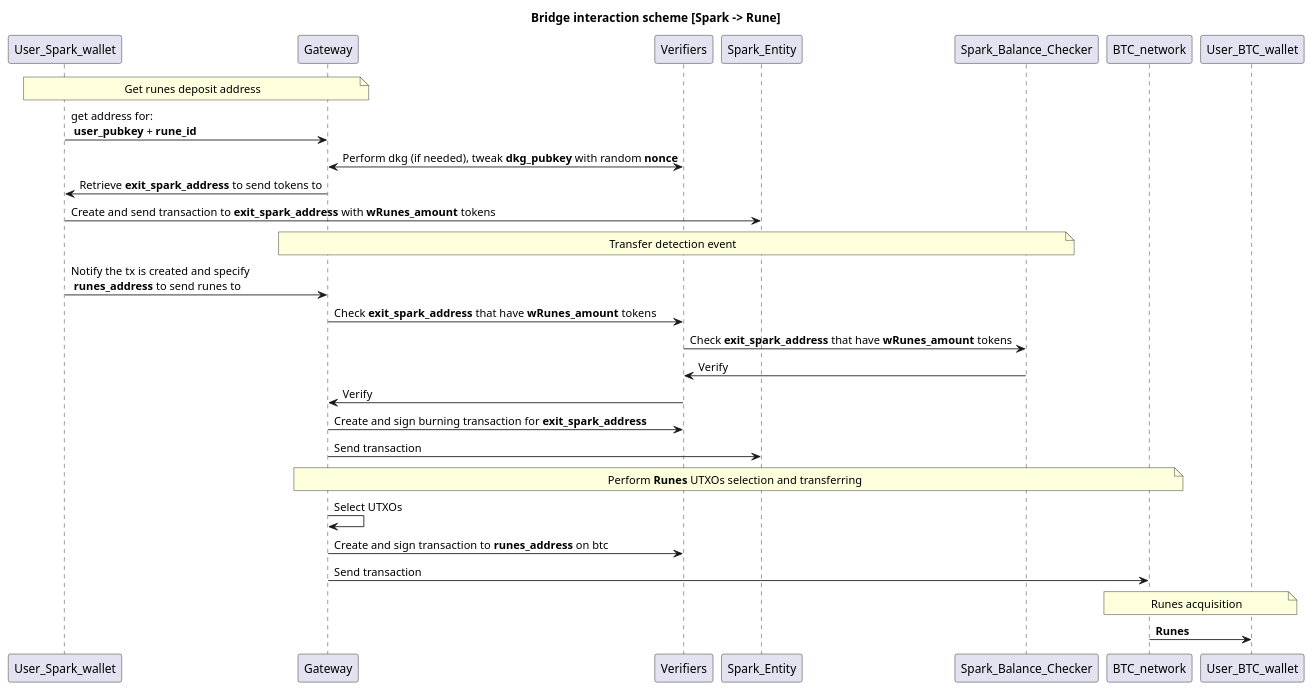
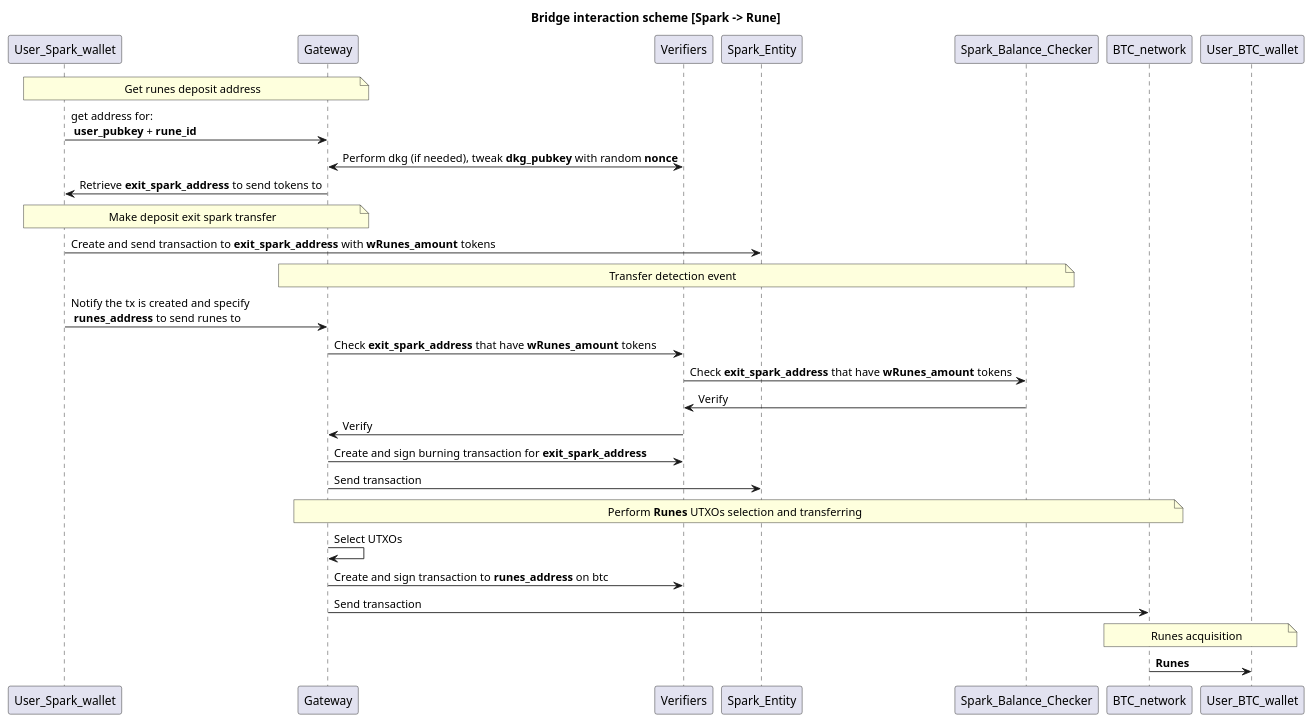
The diagram in docs/spark_runes.puml (Sats-Terminal/spark-bridge-backend), drawn with PlantUML before and after one commit.

```diff
--- a/docs/spark_runes.puml
+++ b/docs/spark_runes.puml
@@ -1,26 +1,28 @@
 @startuml
 title Bridge interaction scheme [Spark -> Rune]
 
 note over User_Spark_wallet,Gateway:Get runes deposit address
 User_Spark_wallet->Gateway: get address for: \n **user_pubkey** + **rune_id**
 Gateway<->Verifiers:Perform dkg (if needed), tweak **dkg_pubkey** with random **nonce**
 Gateway->User_Spark_wallet: Retrieve **exit_spark_address** to send tokens to
+
+note over User_Spark_wallet,Gateway:Make deposit exit spark transfer
 User_Spark_wallet->Spark_Entity: Create and send transaction to **exit_spark_address** with **wRunes_amount** tokens
 
 note over Spark_Balance_Checker,Gateway:Transfer detection event
 User_Spark_wallet->Gateway:Notify the tx is created and specify \n **runes_address** to send runes to
 Gateway->Verifiers:Check **exit_spark_address** that have **wRunes_amount** tokens
 Verifiers->Spark_Balance_Checker:Check **exit_spark_address** that have **wRunes_amount** tokens
 Verifiers<-Spark_Balance_Checker:Verify
 Verifiers->Gateway:Verify
 Gateway->Verifiers:Create and sign burning transaction for **exit_spark_address**
 Gateway->Spark_Entity:Send transaction
 
 note over Gateway,BTC_network:Perform **Runes** UTXOs selection and transferring
 Gateway->Gateway:Select UTXOs
 Gateway->Verifiers:Create and sign transaction to **runes_address** on btc
 Gateway->BTC_network:Send transaction
 
 note over User_BTC_wallet, BTC_network: Runes acquisition
 User_BTC_wallet<-BTC_network: **Runes**
 @enduml
```
